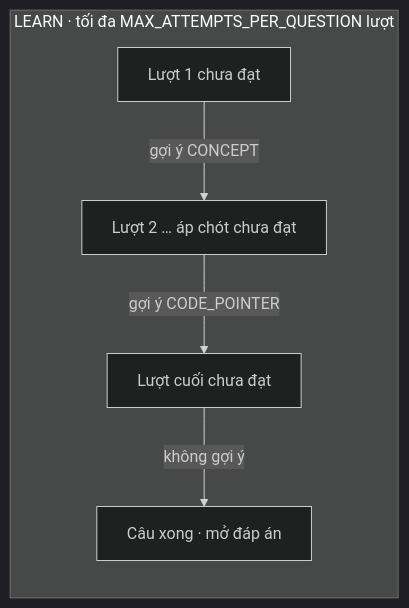
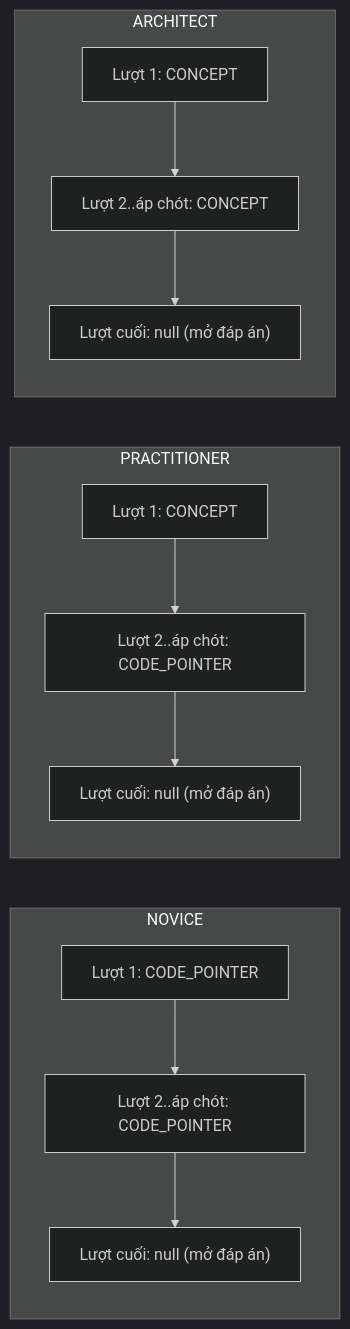
The third of 3 diagrams in spec/20_AI_GOI_VA_PROMPT.md (huynhthanhnhannnh-pixel/Hackathon_SGU), drawn with Mermaid (dark theme) before and after one commit. The commit also changed other lines of this file and 16 other files, not shown here.

````diff
--- a/spec/20_AI_GOI_VA_PROMPT.md
+++ b/spec/20_AI_GOI_VA_PROMPT.md
@@ -541,7 +564,12 @@
 ```mermaid
 flowchart LR
-  subgraph LD["LEARN · tối đa MAX_ATTEMPTS_PER_QUESTION lượt"]
-    direction TB
-    L1["Lượt 1 chưa đạt"] -- "gợi ý CONCEPT" --> L2["Lượt 2 … áp chót chưa đạt"] -- "gợi ý CODE_POINTER" --> L3["Lượt cuối chưa đạt"] -- "không gợi ý" --> LDONE["Câu xong · mở đáp án"]
+  subgraph NOV["NOVICE"]
+    N1["Lượt 1: CODE_POINTER"] --> N2["Lượt 2..áp chót: CODE_POINTER"] --> N3["Lượt cuối: null (mở đáp án)"]
+  end
+  subgraph PRA["PRACTITIONER"]
+    P1["Lượt 1: CONCEPT"] --> P2["Lượt 2..áp chót: CODE_POINTER"] --> P3["Lượt cuối: null (mở đáp án)"]
+  end
+  subgraph ARC["ARCHITECT"]
+    A1["Lượt 1: CONCEPT"] --> A2["Lượt 2..áp chót: CONCEPT"] --> A3["Lượt cuối: null (mở đáp án)"]
   end
 ```
````
